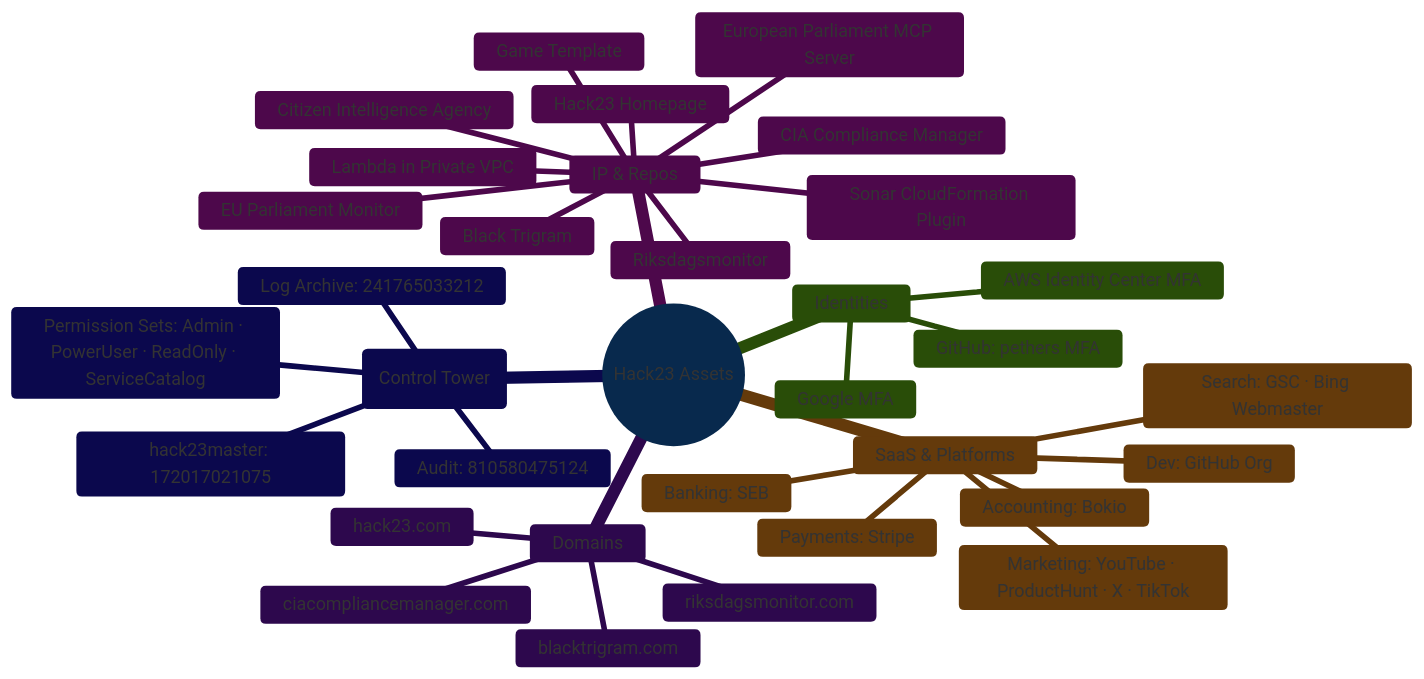
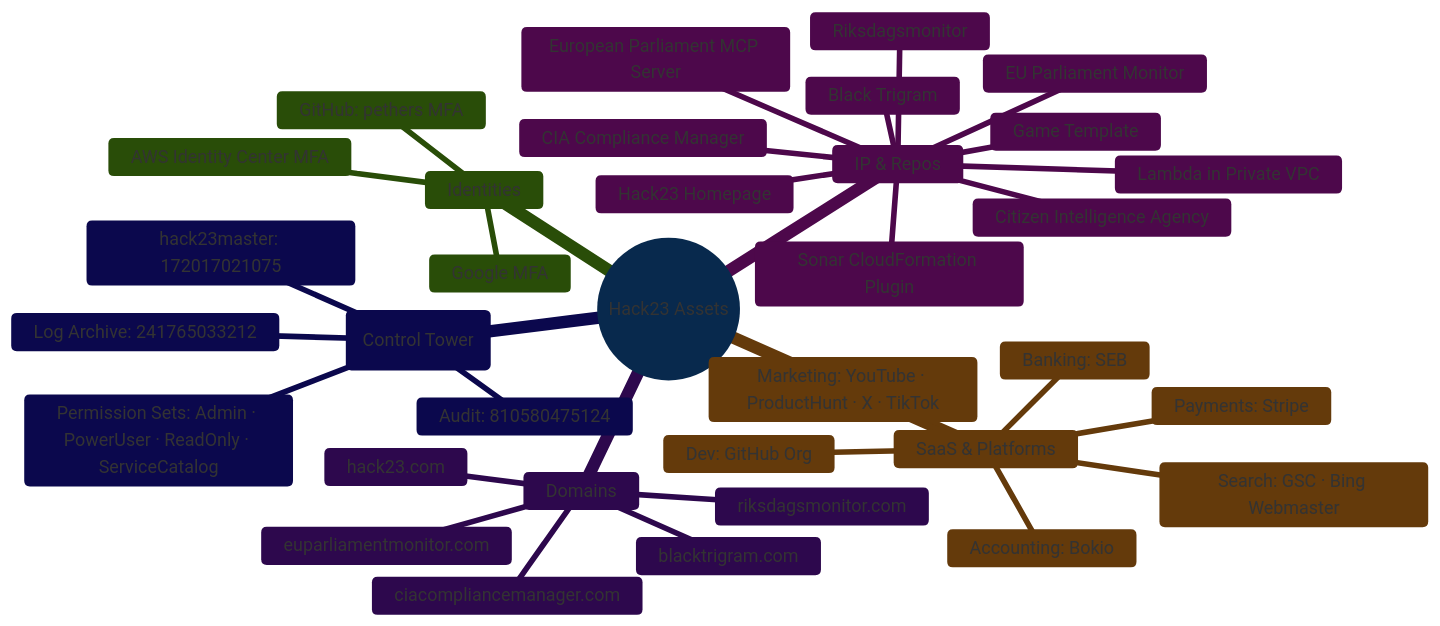
Before and after one commit to Hack23/ISMS-PUBLIC: the first of 8 diagrams in Asset_Register.md, drawn with Mermaid. The commit also changed other lines of this file and 9 other files, not shown here.

````diff
--- a/Asset_Register.md
+++ b/Asset_Register.md
@@ -53,39 +53,40 @@
 ```mermaid
 %%{
   init: { 'theme': 'base', 'themeVariables': { 'primaryColor': '#1565C0', 'lineColor': '#1565C0' } }
 }%%
 mindmap
   root((Hack23 Assets))
     Identities
       Google MFA
       GitHub: pethers MFA
       AWS Identity Center MFA
     SaaS & Platforms
       Accounting: Bokio
       Banking: SEB
       Dev: GitHub Org
       Payments: Stripe
       Marketing: YouTube · ProductHunt · X · TikTok
       Search: GSC · Bing Webmaster
     AWS Org (Control Tower)
       Audit: 810580475124
       Log Archive: 241765033212
       hack23master: 172017021075
       Permission Sets: Admin · PowerUser · ReadOnly · ServiceCatalog
     Domains
       hack23.com
       blacktrigram.com
       ciacompliancemanager.com
       riksdagsmonitor.com
+      euparliamentmonitor.com
     IP & Repos
       Black Trigram
       CIA Compliance Manager
       Citizen Intelligence Agency
       European Parliament MCP Server
       EU Parliament Monitor
       Game Template
       Hack23 Homepage
       Lambda in Private VPC
       Riksdagsmonitor
       Sonar CloudFormation Plugin
 ```
````
